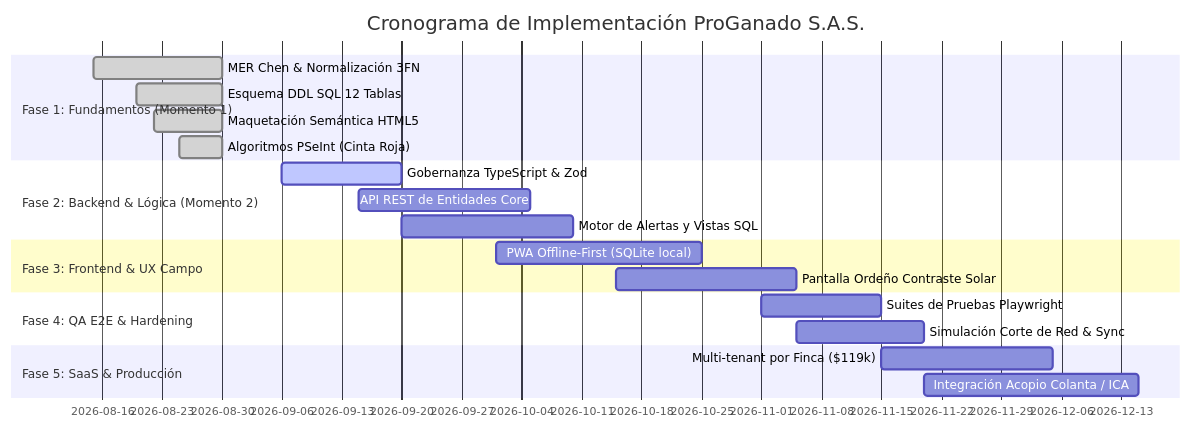
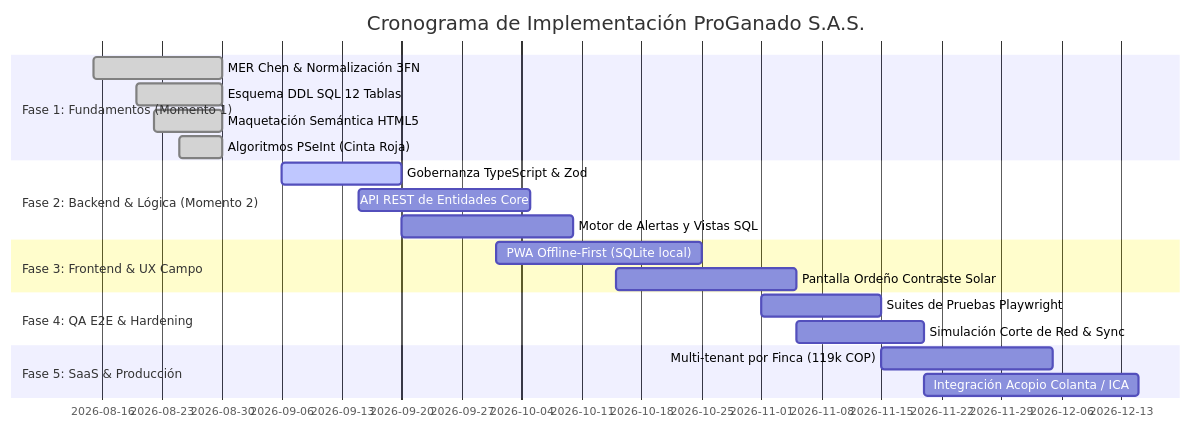
One commit to jeiserlabs/proganado changed the diagram in docs/HOJA_DE_RUTA_CRONOLOGICA_IMPLEMENTACION.md. Above: the diagram before and after it, drawn with Mermaid. The commit also changed other lines of this file and 33 other files, not shown here.

First line of the commit message:
feat(producto): espejo filtrado del MVP, retiro fail-closed y roadmap de startup

````diff
--- a/docs/HOJA_DE_RUTA_CRONOLOGICA_IMPLEMENTACION.md
+++ b/docs/HOJA_DE_RUTA_CRONOLOGICA_IMPLEMENTACION.md
@@ -12,23 +14,23 @@
 ```mermaid
 gantt
     title Cronograma de Implementación ProGanado S.A.S.
     dateFormat  YYYY-MM-DD
     section Fase 1: Fundamentos (Momento 1)
     MER Chen & Normalización 3FN     :done,    des1, 2026-08-15, 2026-08-30
     Esquema DDL SQL 12 Tablas       :done,    des2, 2026-08-20, 2026-08-30
     Maquetación Semántica HTML5     :done,    des3, 2026-08-22, 2026-08-30
     Algoritmos PSeInt (Cinta Roja)  :done,    des4, 2026-08-25, 2026-08-30
     section Fase 2: Backend & Lógica (Momento 2)
     Gobernanza TypeScript & Zod     :active,  des5, 2026-09-06, 2026-09-20
     API REST de Entidades Core      :         des6, 2026-09-15, 2026-10-05
     Motor de Alertas y Vistas SQL   :         des7, 2026-09-20, 2026-10-10
     section Fase 3: Frontend & UX Campo
     PWA Offline-First (SQLite local):         des8, 2026-10-01, 2026-10-25
     Pantalla Ordeño Contraste Solar :         des9, 2026-10-15, 2026-11-05
     section Fase 4: QA E2E & Hardening
     Suites de Pruebas Playwright    :         des10, 2026-11-01, 2026-11-15
     Simulación Corte de Red & Sync  :         des11, 2026-11-05, 2026-11-20
     section Fase 5: SaaS & Producción
-    Multi-tenant por Finca ($119k)  :         des12, 2026-11-15, 2026-12-05
+    Multi-tenant por Finca (119k COP):         des12, 2026-11-15, 2026-12-05
     Integración Acopio Colanta / ICA:         des13, 2026-11-20, 2026-12-15
 ```
````
